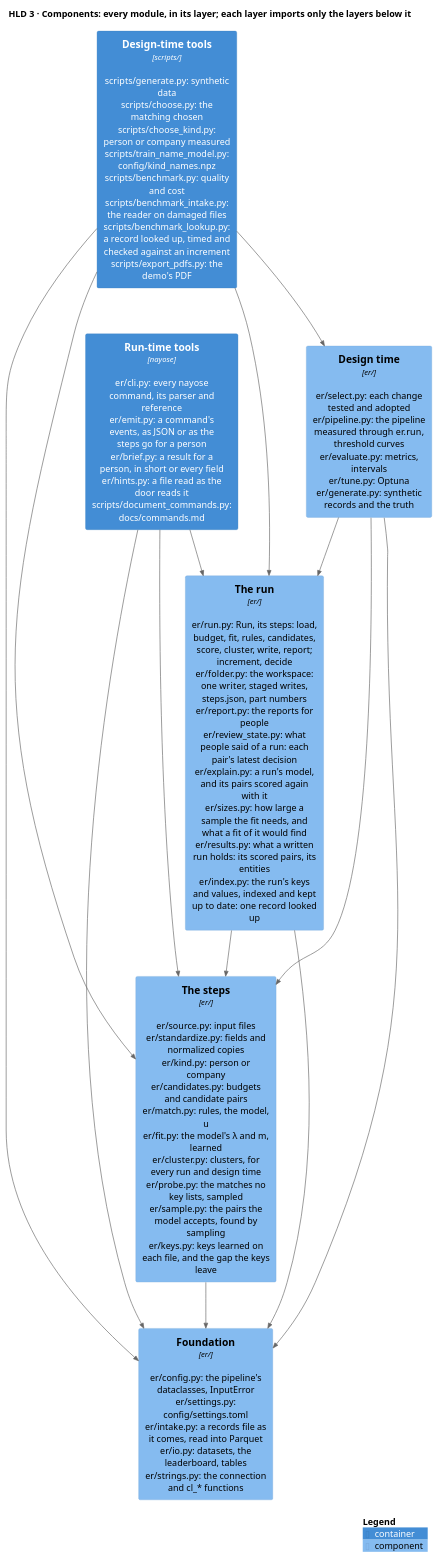
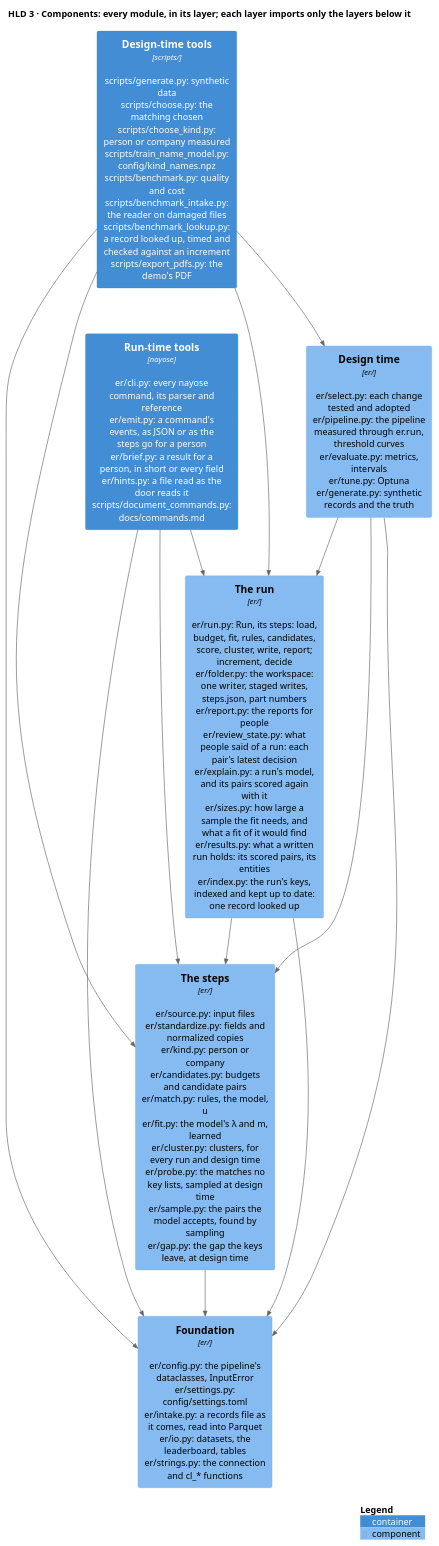
The diagram in docs/diagrams/components.puml (mvsbm/entity_matching), drawn with PlantUML before and after one commit. The commit also changed 45 other files, not shown here.

```diff
--- a/docs/diagrams/components.puml
+++ b/docs/diagrams/components.puml
@@ -1,30 +1,30 @@
 @startuml components
 !include <C4/C4_Component>
 LAYOUT_TOP_DOWN()
 HIDE_STEREOTYPE()
 title HLD 3 · Components: every module, in its layer; each layer imports only the layers below it
 
 Container(tools_run, "Run-time tools", "nayose", "er/cli.py: every nayose command, its parser and reference\ner/emit.py: a command's events, as JSON or as the steps go for a person\ner/brief.py: a result for a person, in short or every field\ner/hints.py: a file read as the door reads it\nscripts/document_commands.py: docs/commands.md")
 Container(tools_design, "Design-time tools", "scripts/", "scripts/generate.py: synthetic data\nscripts/choose.py: the matching chosen\nscripts/choose_kind.py: person or company measured\nscripts/train_name_model.py: config/kind_names.npz\nscripts/benchmark.py: quality and cost\nscripts/benchmark_intake.py: the reader on damaged files\nscripts/benchmark_lookup.py: a record looked up, timed and checked against an increment\nscripts/export_pdfs.py: the demo's PDF")
 
-Component(run, "The run", "er/", "er/run.py: Run, its steps: load, budget, fit, rules, candidates, score, cluster, write, report; increment, decide\ner/folder.py: the workspace: one writer, staged writes, steps.json, part numbers\ner/report.py: the reports for people\ner/review_state.py: what people said of a run: each pair's latest decision\ner/explain.py: a run's model, and its pairs scored again with it\ner/sizes.py: how large a sample the fit needs, and what a fit of it would find\ner/results.py: what a written run holds: its scored pairs, its entities\ner/index.py: the run's keys and values, indexed and kept up to date: one record looked up")
+Component(run, "The run", "er/", "er/run.py: Run, its steps: load, budget, fit, rules, candidates, score, cluster, write, report; increment, decide\ner/folder.py: the workspace: one writer, staged writes, steps.json, part numbers\ner/report.py: the reports for people\ner/review_state.py: what people said of a run: each pair's latest decision\ner/explain.py: a run's model, and its pairs scored again with it\ner/sizes.py: how large a sample the fit needs, and what a fit of it would find\ner/results.py: what a written run holds: its scored pairs, its entities\ner/index.py: the run's keys, indexed and kept up to date: one record looked up")
 Component(design, "Design time", "er/", "er/select.py: each change tested and adopted\ner/pipeline.py: the pipeline measured through er.run, threshold curves\ner/evaluate.py: metrics, intervals\ner/tune.py: Optuna\ner/generate.py: synthetic records and the truth")
-Component(steps, "The steps", "er/", "er/source.py: input files\ner/standardize.py: fields and normalized copies\ner/kind.py: person or company\ner/candidates.py: budgets and candidate pairs\ner/match.py: rules, the model, u\ner/fit.py: the model's λ and m, learned\ner/cluster.py: clusters, for every run and design time\ner/probe.py: the matches no key lists, sampled\ner/sample.py: the pairs the model accepts, found by sampling\ner/keys.py: keys learned on each file, and the gap the keys leave")
+Component(steps, "The steps", "er/", "er/source.py: input files\ner/standardize.py: fields and normalized copies\ner/kind.py: person or company\ner/candidates.py: budgets and candidate pairs\ner/match.py: rules, the model, u\ner/fit.py: the model's λ and m, learned\ner/cluster.py: clusters, for every run and design time\ner/probe.py: the matches no key lists, sampled at design time\ner/sample.py: the pairs the model accepts, found by sampling\ner/gap.py: the gap the keys leave, at design time")
 Component(configuration, "Foundation", "er/", "er/config.py: the pipeline's dataclasses, InputError\ner/settings.py: config/settings.toml\ner/intake.py: a records file as it comes, read into Parquet\ner/io.py: datasets, the leaderboard, tables\ner/strings.py: the connection and cl_* functions")
 
 Rel_D(tools_run, run, "")
 Rel_D(tools_run, steps, "")
 Rel_D(tools_run, configuration, "")
 Rel_D(tools_design, run, "")
 Rel_D(tools_design, design, "")
 Rel_D(tools_design, steps, "")
 Rel_D(tools_design, configuration, "")
 Rel_D(run, steps, "")
 Rel_D(run, configuration, "")
 Rel_D(design, run, "")
 Rel_D(design, steps, "")
 Rel_D(design, configuration, "")
 Rel_D(steps, configuration, "")
 
 SHOW_LEGEND()
 @enduml
```
